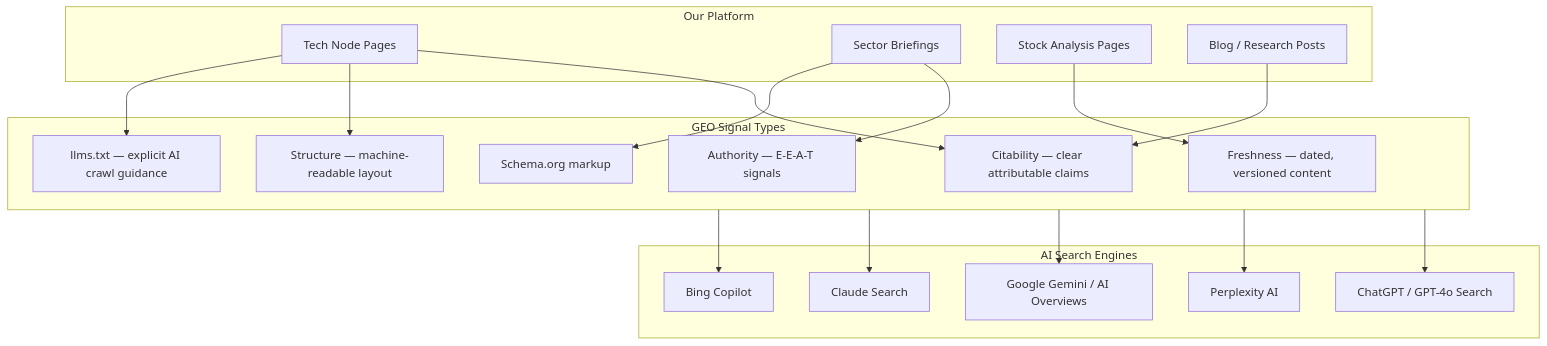
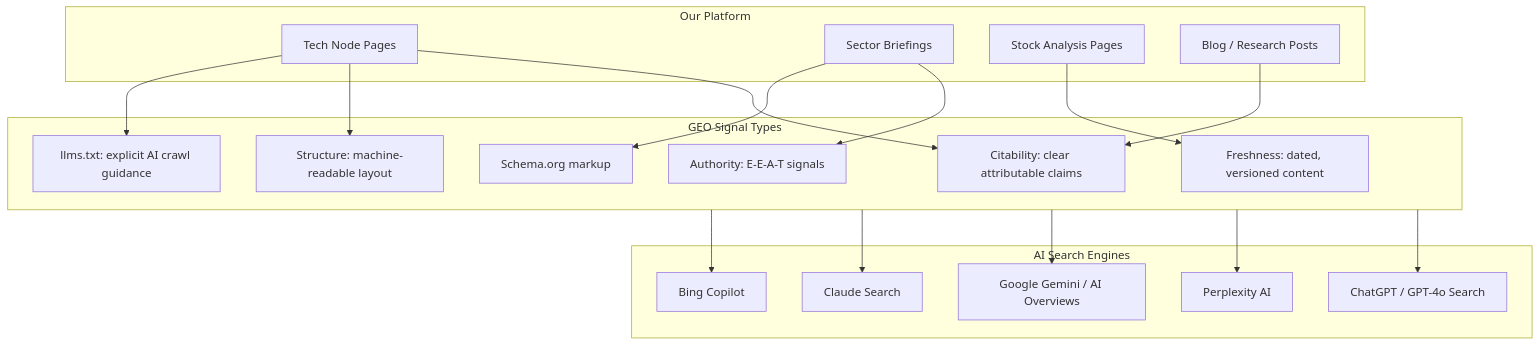
The first of 3 diagrams in enhancements/03-geo-strategy.md (mengliang10/future), drawn with Mermaid before and after one commit. The commit also changed other lines of this file and 348 other files, not shown here.

Commit message:
Global removal of em-dashes, homepage section reordering, and flow improvements

````diff
--- a/enhancements/03-geo-strategy.md
+++ b/enhancements/03-geo-strategy.md
@@ -18,39 +18,39 @@
 ```mermaid
 graph TD
     subgraph AISearchEngines["AI Search Engines"]
         GPT[ChatGPT / GPT-4o Search]
         PERP[Perplexity AI]
         GEMINI[Google Gemini / AI Overviews]
         CLAUDE[Claude Search]
         BING[Bing Copilot]
     end
 
     subgraph GEOSignals["GEO Signal Types"]
-        CITE[Citability — clear attributable claims]
-        AUTH[Authority — E-E-A-T signals]
-        STRUCT[Structure — machine-readable layout]
-        FRESH[Freshness — dated, versioned content]
-        LLMTXT[llms.txt — explicit AI crawl guidance]
+        CITE[Citability: clear attributable claims]
+        AUTH[Authority: E-E-A-T signals]
+        STRUCT[Structure: machine-readable layout]
+        FRESH[Freshness: dated, versioned content]
+        LLMTXT[llms.txt: explicit AI crawl guidance]
         SCHEMA[Schema.org markup]
     end
 
     subgraph Platform["Our Platform"]
         TECHPAGES[Tech Node Pages]
         SECTOR[Sector Briefings]
         STOCK[Stock Analysis Pages]
         BLOG[Blog / Research Posts]
     end
 
     TECHPAGES --> CITE
     TECHPAGES --> STRUCT
     TECHPAGES --> LLMTXT
     SECTOR --> AUTH
     SECTOR --> SCHEMA
     STOCK --> FRESH
     BLOG --> CITE
     GEOSignals --> GPT
     GEOSignals --> PERP
     GEOSignals --> GEMINI
     GEOSignals --> CLAUDE
     GEOSignals --> BING
 ```
````
